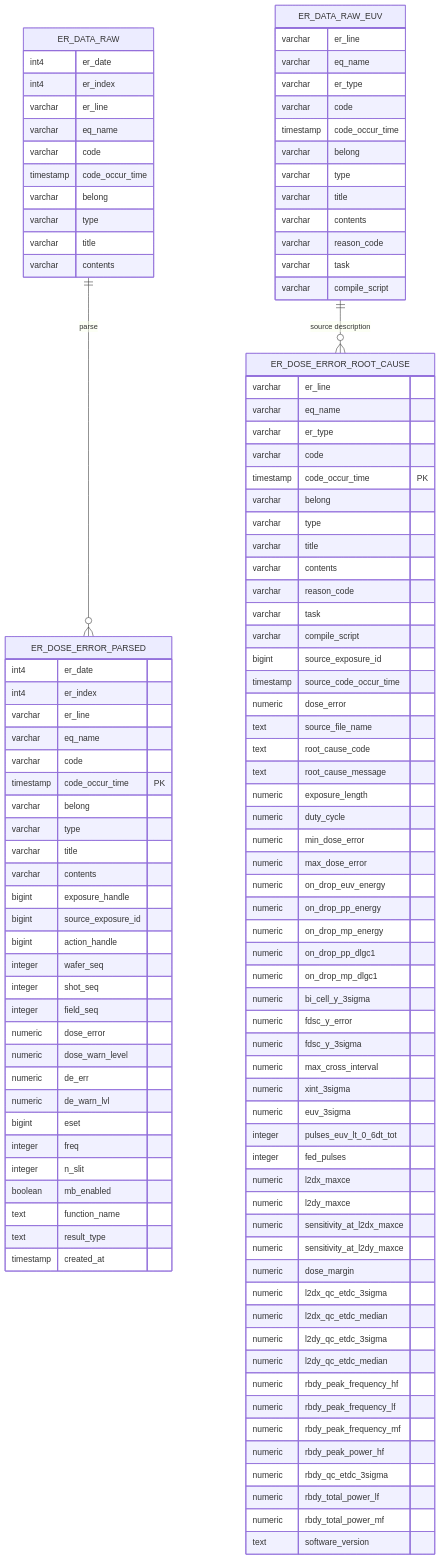
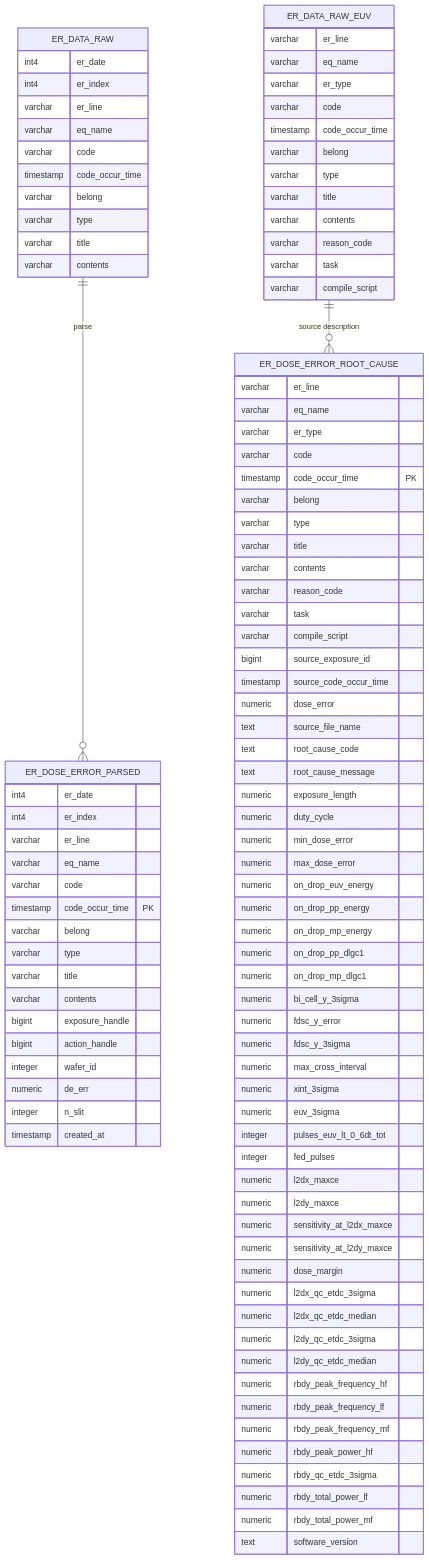
The diagram in ER_DOSE_ERROR.md (junho0831/PythonStudy), drawn with Mermaid before and after one commit. The commit also changed other lines of this file and 9 other files, not shown here.

Commit message:
Trim ER dose parsed columns

```diff
--- a/ER_DOSE_ERROR.md
+++ b/ER_DOSE_ERROR.md
@@ -96,21 +96,10 @@
         varchar title
         varchar contents
         bigint exposure_handle
-        bigint source_exposure_id
         bigint action_handle
-        integer wafer_seq
-        integer shot_seq
-        integer field_seq
-        numeric dose_error
-        numeric dose_warn_level
+        integer wafer_id
         numeric de_err
-        numeric de_warn_lvl
-        bigint eset
-        integer freq
         integer n_slit
-        boolean mb_enabled
-        text function_name
-        text result_type
         timestamp created_at
     }
 
```
